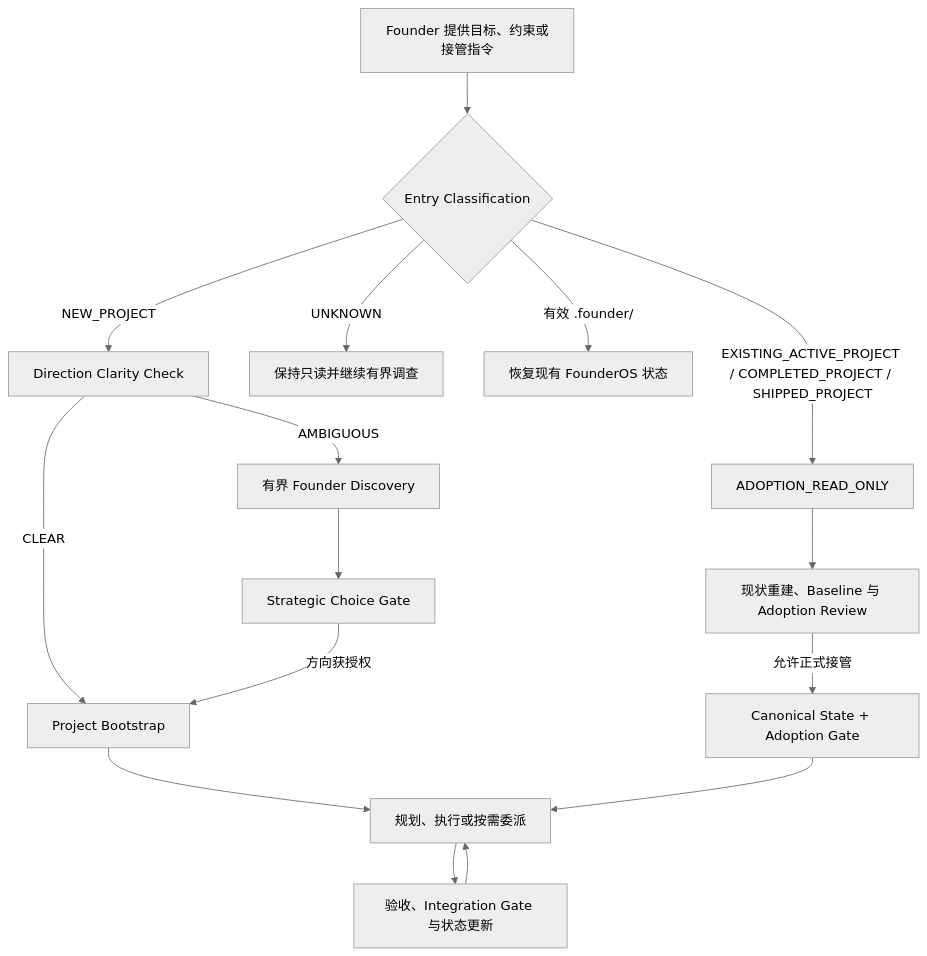
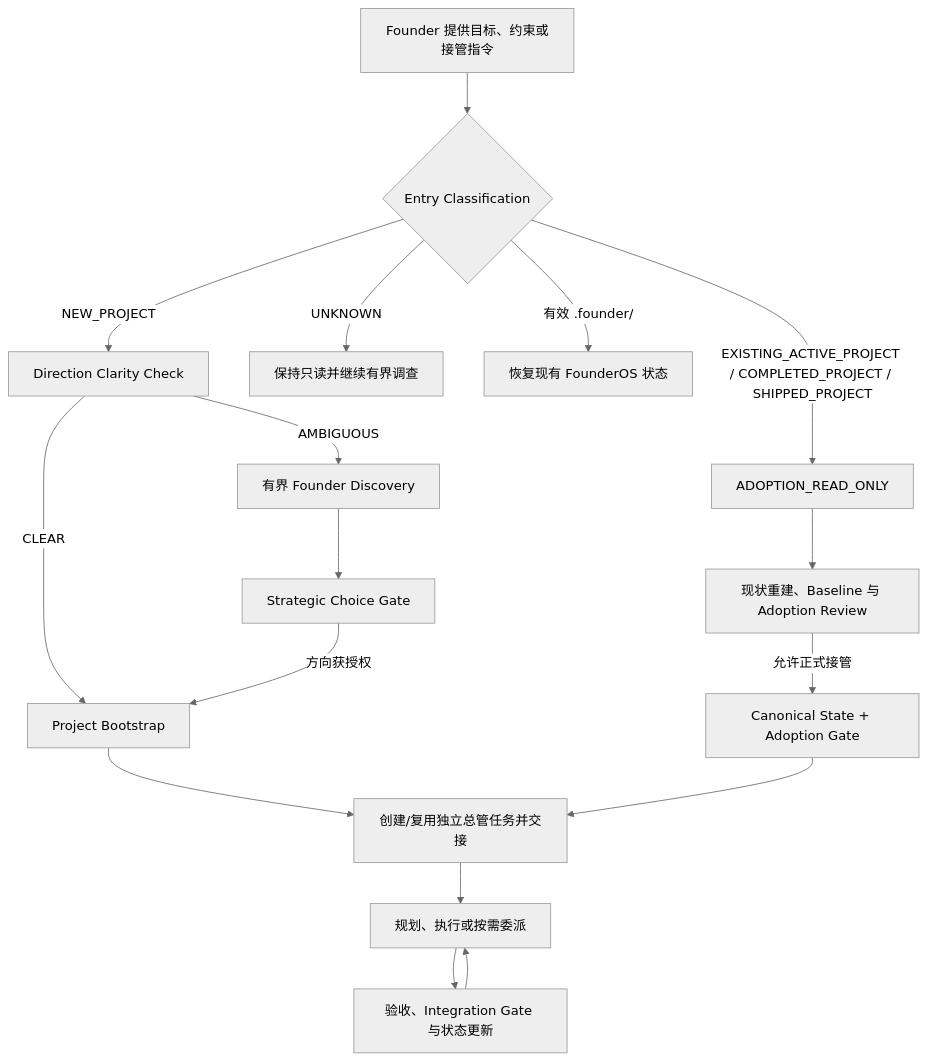
Before and after one commit to zhouczcz/founder-os: the diagram in .github/README.md, drawn with Mermaid (neutral theme). The commit also changed other lines of this file and 7 other files, not shown here.

````diff
--- a/.github/README.md
+++ b/.github/README.md
@@ -42,18 +43,19 @@
 ```mermaid
 flowchart TD
     A["Founder 提供目标、约束或接管指令"] --> B{"Entry Classification"}
     B -->|NEW_PROJECT| C["Direction Clarity Check"]
     C -->|CLEAR| D["Project Bootstrap"]
     C -->|AMBIGUOUS| E["有界 Founder Discovery"]
     E --> F["Strategic Choice Gate"]
     F -->|方向获授权| D
     B -->|EXISTING_ACTIVE_PROJECT / COMPLETED_PROJECT / SHIPPED_PROJECT| G["ADOPTION_READ_ONLY"]
     B -->|UNKNOWN| L["保持只读并继续有界调查"]
     B -->|有效 .founder/| M["恢复现有 FounderOS 状态"]
     G --> H["现状重建、Baseline 与 Adoption Review"]
     H -->|允许正式接管| I["Canonical State + Adoption Gate"]
-    D --> J["规划、执行或按需委派"]
-    I --> J
+    D --> N["创建/复用独立总管任务并交接"]
+    I --> N
+    N --> J["规划、执行或按需委派"]
     J --> K["验收、Integration Gate 与状态更新"]
     K --> J
 ```
````
